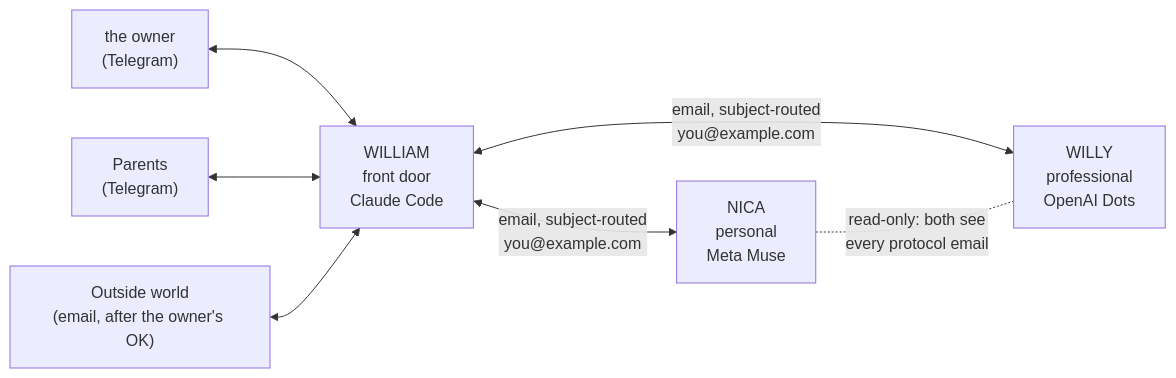
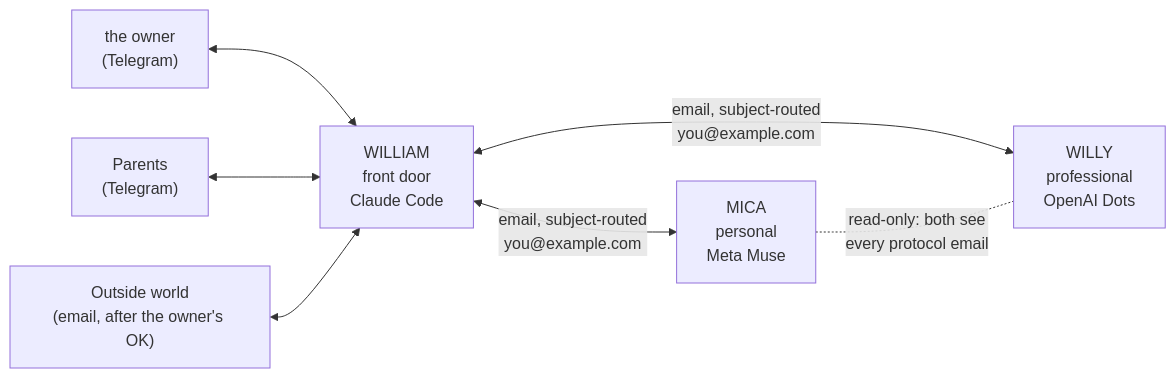
Before and after one commit to artesanobuilds/frontdoor: the diagram in docs/agent-team-protocol.md, drawn with Mermaid. The commit also changed other lines of this file and 7 other files, not shown here.

Commit message:
Rename the personal-life agent: Nica -> Mica

````diff
--- a/docs/agent-team-protocol.md
+++ b/docs/agent-team-protocol.md
@@ -22,10 +22,10 @@
 ```mermaid
 flowchart LR
     M["the owner<br/>(Telegram)"] <--> W
     P["Parents<br/>(Telegram)"] <--> W
     O["Outside world<br/>(email, after the owner's OK)"] <--> W
     W["WILLIAM<br/>front door<br/>Claude Code"]
-    W <-- "email, subject-routed<br/>you@example.com" --> N["NICA<br/>personal<br/>Meta Muse"]
+    W <-- "email, subject-routed<br/>you@example.com" --> N["MICA<br/>personal<br/>Meta Muse"]
     W <-- "email, subject-routed<br/>you@example.com" --> Y["WILLY<br/>professional<br/>OpenAI Dots"]
     N -. "read-only: both see<br/>every protocol email" .- Y
 ```
````
